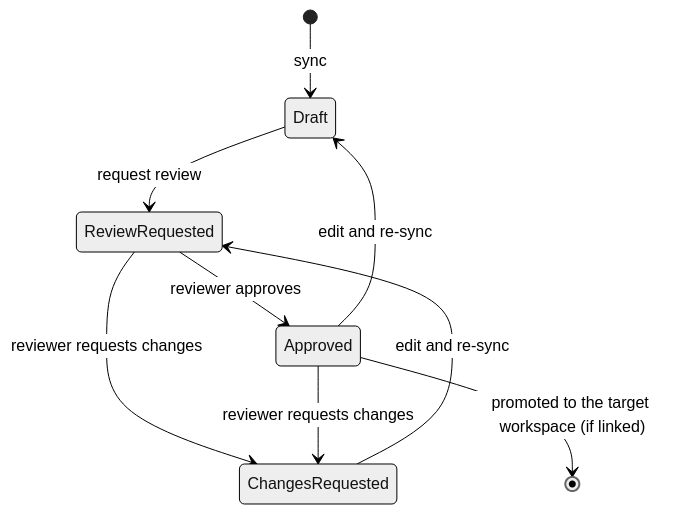
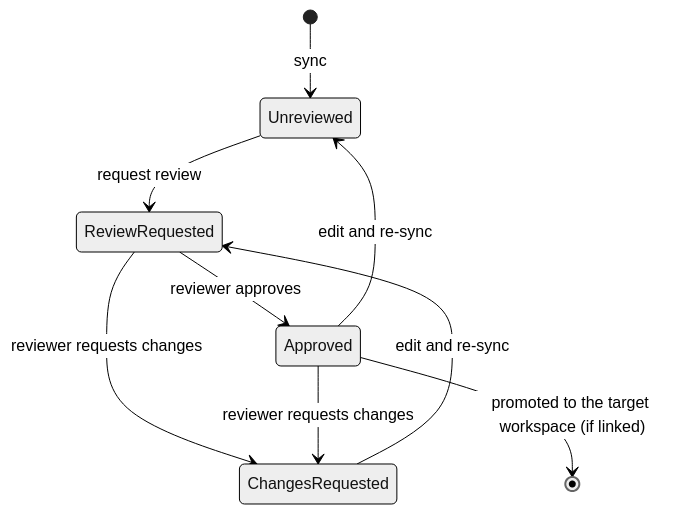
One commit to inferedge-ai/evalkit changed the diagram in skills/authoring-eval-cases/SKILL.md. Above: the diagram before and after it, drawn with Mermaid (neutral theme). The commit also changed other lines of this file and 75 other files, not shown here.

````diff
--- a/skills/authoring-eval-cases/SKILL.md
+++ b/skills/authoring-eval-cases/SKILL.md
@@ -357,11 +357,11 @@
 ```mermaid
 stateDiagram-v2
-    [*] --> Draft: sync
-    Draft --> ReviewRequested: request review
+    [*] --> Unreviewed: sync
+    Unreviewed --> ReviewRequested: request review
     ReviewRequested --> Approved: reviewer approves
     ReviewRequested --> ChangesRequested: reviewer requests changes
     ChangesRequested --> ReviewRequested: edit and re-sync
-    Approved --> Draft: edit and re-sync
+    Approved --> Unreviewed: edit and re-sync
     Approved --> ChangesRequested: reviewer requests changes
     Approved --> [*]: promoted to the target workspace (if linked)
 ```
````
